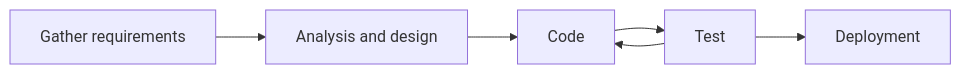
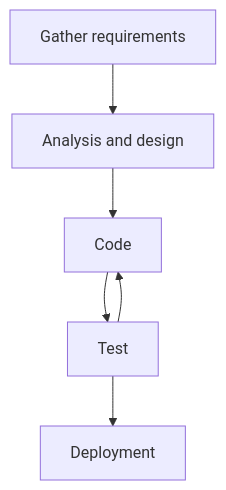
One commit to skykhs3/skykhs3.github.io changed the first of 2 diagrams in _posts/2024-10-31-retrospective-new-ara.md. Above: the diagram before and after it, drawn with Mermaid. The commit also changed other lines of this file and 2 other files, not shown here.

````diff
--- a/_posts/2024-10-31-retrospective-new-ara.md
+++ b/_posts/2024-10-31-retrospective-new-ara.md
@@ -353,9 +352,9 @@
 ```mermaid
-graph LR
+graph TD
     A[Gather requirements] --> B[Analysis and design]
     B[Analysis and design] --> C[Code]
     C[Code] --> D[Test]
     D[Test] --> C[Code]
     D[Test] --> E[Deployment]
 
 ```
````
